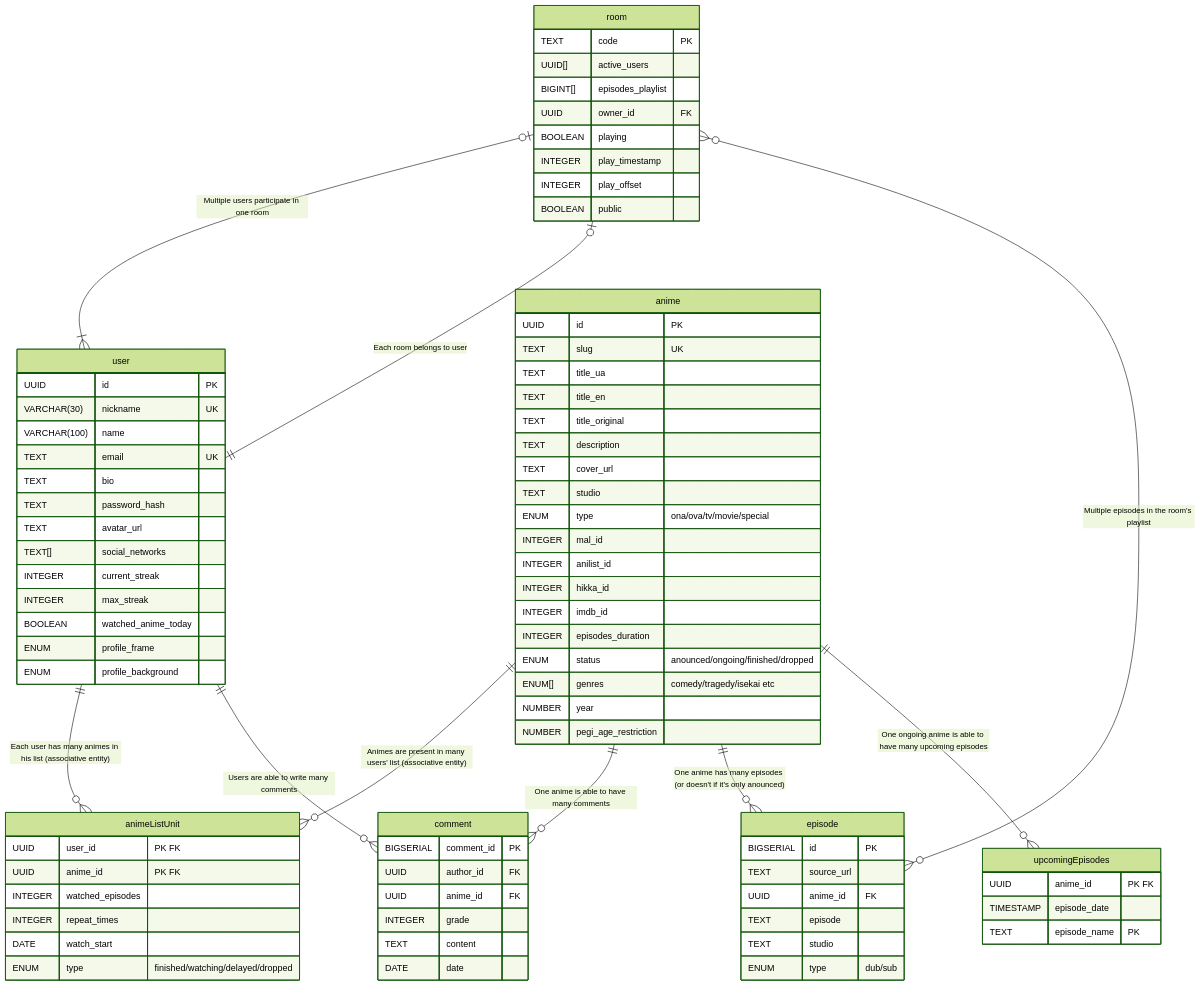
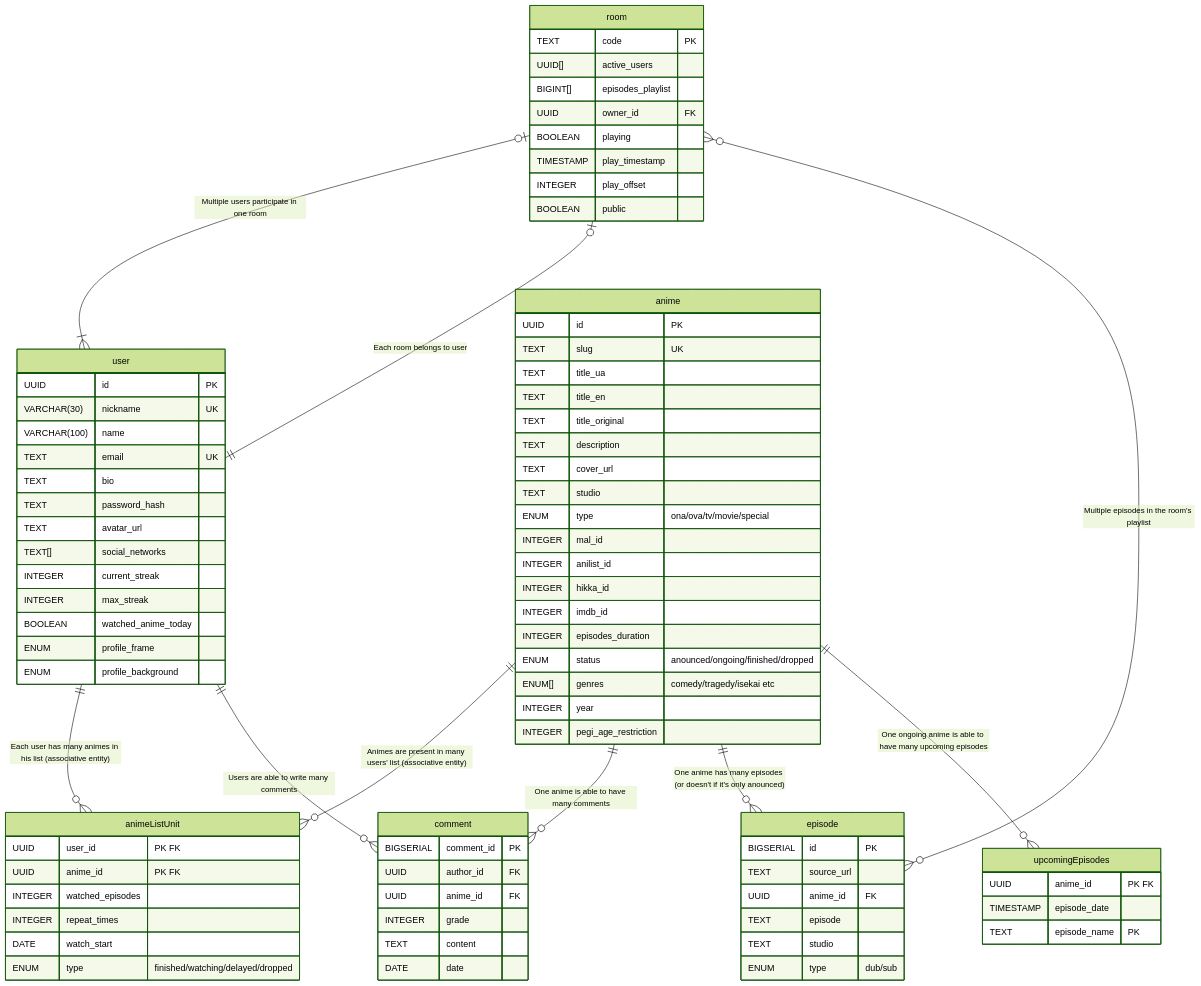
One commit to dadencukillia/db-intro-course changed the diagram in labs/1 - ER Diagram/erd.mmd. Above: the diagram before and after it, drawn with Mermaid (forest theme). The commit also changed 1 other file, not shown here.

Commit message:
fix(lab1): erd picture mismatch, integer to timestamp in room entity

```diff
--- a/labs/1 - ER Diagram/erd.mmd
+++ b/labs/1 - ER Diagram/erd.mmd
@@ -1,91 +1,91 @@
-  erDiagram
+erDiagram
   user {
     UUID id  "PK"  
     VARCHAR(30) nickname  "UK"  
     VARCHAR(100) name  ""  
     TEXT email  "UK"  
     TEXT bio  ""  
     TEXT password_hash  ""  
     TEXT avatar_url  ""  
     TEXT[] social_networks  ""  
     INTEGER current_streak  ""  
     INTEGER max_streak  ""  
     BOOLEAN watched_anime_today  ""  
     ENUM profile_frame  ""  
     ENUM profile_background  ""  
   }
 
   anime {
     UUID id  "PK"  
     TEXT slug  "UK"  
     TEXT title_ua  ""  
     TEXT title_en  ""  
     TEXT title_original  ""  
     TEXT description  ""  
     TEXT cover_url  ""  
     TEXT studio  ""
     ENUM type "ona/ova/tv/movie/special"
     INTEGER mal_id  ""  
     INTEGER anilist_id  ""  
     INTEGER hikka_id  ""  
     INTEGER imdb_id  ""  
     INTEGER episodes_duration  ""  
     ENUM status  "anounced/ongoing/finished/dropped"  
     ENUM[] genres  "comedy/tragedy/isekai etc"  
-    NUMBER year  ""  
-    NUMBER pegi_age_restriction  ""  
+    INTEGER year  ""  
+    INTEGER pegi_age_restriction  ""  
   }
 
   episode {
     BIGSERIAL id "PK"
     TEXT source_url  ""  
     UUID anime_id  "FK"  
     TEXT episode  ""
     TEXT studio  ""
     ENUM type  "dub/sub"  
   }
 
   comment {
     BIGSERIAL comment_id "PK"
     UUID author_id "FK"
     UUID anime_id  "FK"
     INTEGER grade
     TEXT content
     DATE date
   }
 
   room {
     TEXT code "PK"
     UUID[] active_users
     BIGINT[] episodes_playlist
     UUID owner_id "FK"
     BOOLEAN playing
-    INTEGER play_timestamp
+    TIMESTAMP play_timestamp
     INTEGER play_offset
     BOOLEAN public
   }
 
   animeListUnit {
     UUID user_id "PK FK"
     UUID anime_id "PK FK"
     INTEGER watched_episodes
     INTEGER repeat_times
     DATE watch_start
     ENUM type "finished/watching/delayed/dropped"
   }
 
   upcomingEpisodes {
     UUID anime_id "PK FK"
     TIMESTAMP episode_date
     TEXT episode_name "PK" 
   }
 
   anime ||--O{ animeListUnit : "Animes are present in many users' list (associative entity)"
   user ||--O{ animeListUnit : "Each user has many animes in his list (associative entity)" 
   room |O--|{ user : "Multiple users participate in one room"
   room |O--|| user : "Each room belongs to user"
   room }O--O{ episode : "Multiple episodes in the room's playlist"
   user ||--O{ comment : "Users are able to write many comments"
   anime ||--O{ comment : "One anime is able to have many comments"
   anime ||--O{ episode : "One anime has many episodes (or doesn't if it's only anounced)"
   anime ||--O{ upcomingEpisodes : "One ongoing anime is able to have many upcoming episodes"
```
